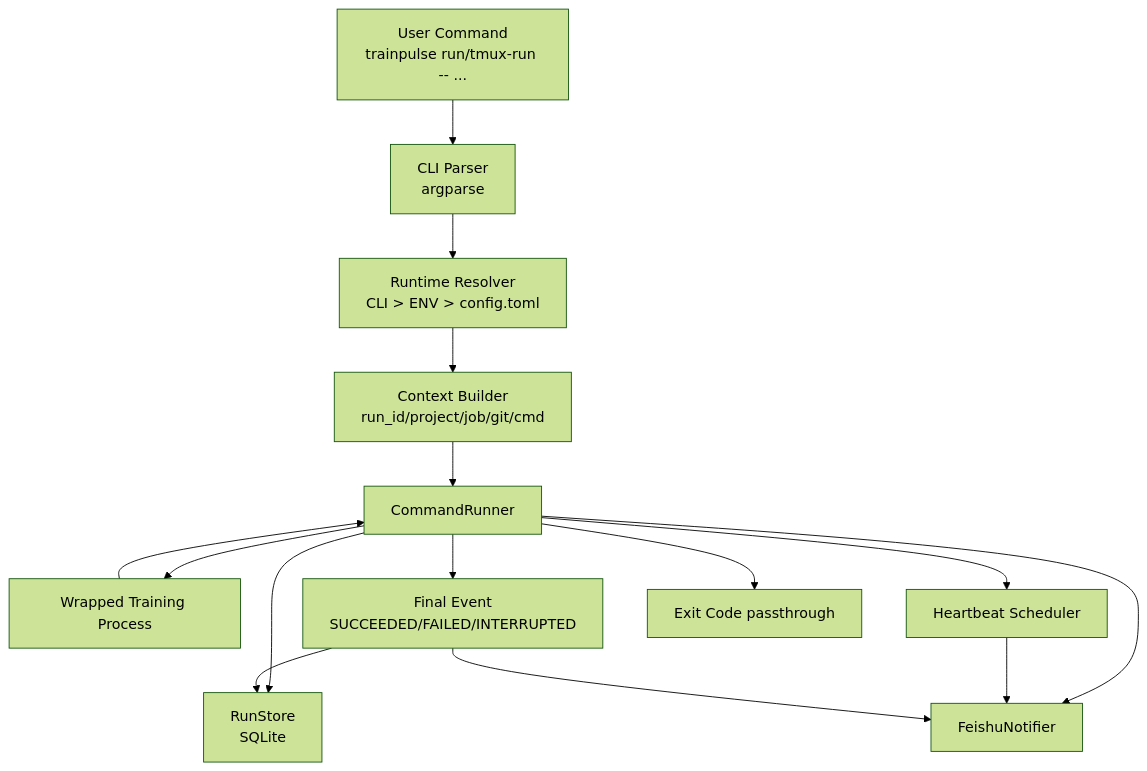
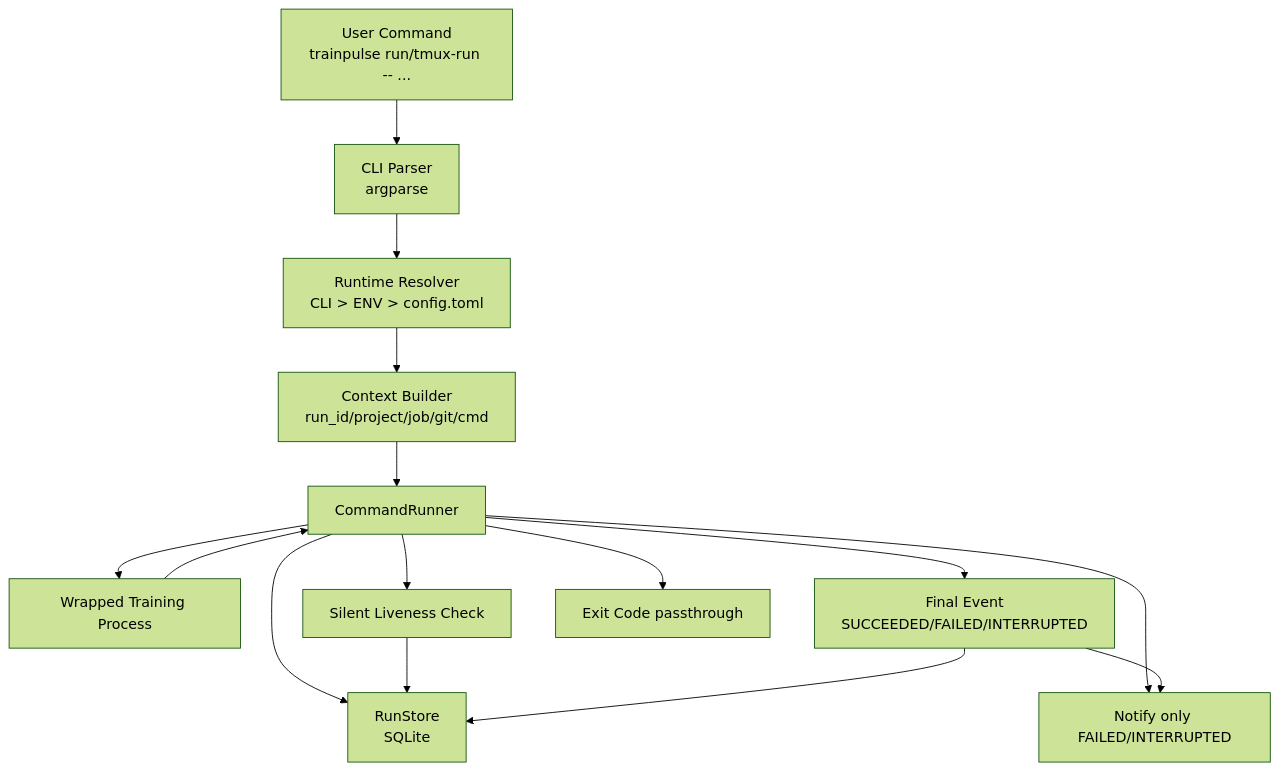
One commit to GalaxyOg/TrainPulse changed the diagram in README.md. Above: the diagram before and after it, drawn with Mermaid (forest theme). The commit also changed other lines of this file and 8 other files, not shown here.

Commit message:
Change heartbeat to silent checks; notify only on failures/interruption

````diff
--- a/README.md
+++ b/README.md
@@ -217,17 +218,17 @@
 ```mermaid
 flowchart TD
     A[User Command<br/>trainpulse run/tmux-run -- ...] --> B[CLI Parser<br/>argparse]
     B --> C[Runtime Resolver<br/>CLI > ENV > config.toml]
     C --> D[Context Builder<br/>run_id/project/job/git/cmd]
     D --> E[CommandRunner]
     E --> F[Wrapped Training Process]
     E --> G[RunStore<br/>SQLite]
     E --> H[FeishuNotifier]
-    E --> I[Heartbeat Scheduler]
-    I --> H
+    E --> I[Silent Liveness Check]
+    I --> G
     F --> E
     E --> J[Final Event<br/>SUCCEEDED/FAILED/INTERRUPTED]
-    J --> H
+    J --> H[Notify only FAILED/INTERRUPTED]
     J --> G
     E --> K[Exit Code passthrough]
 ```
````
